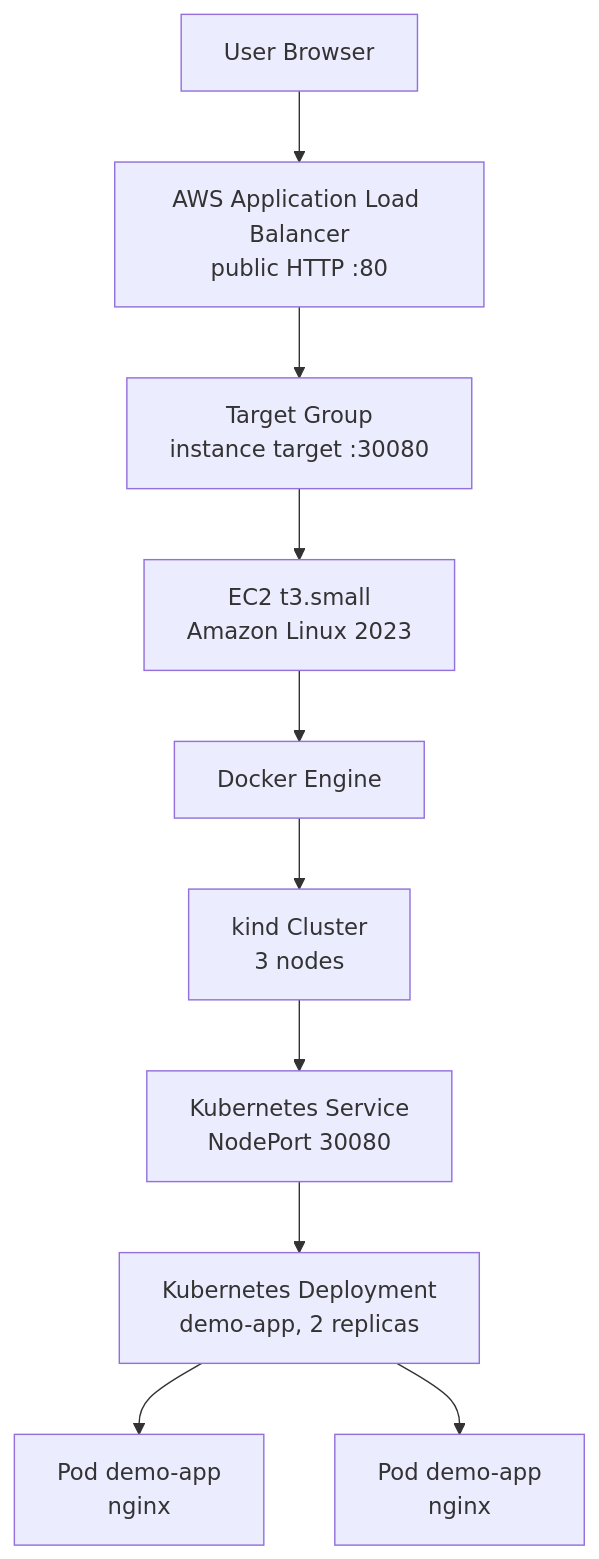
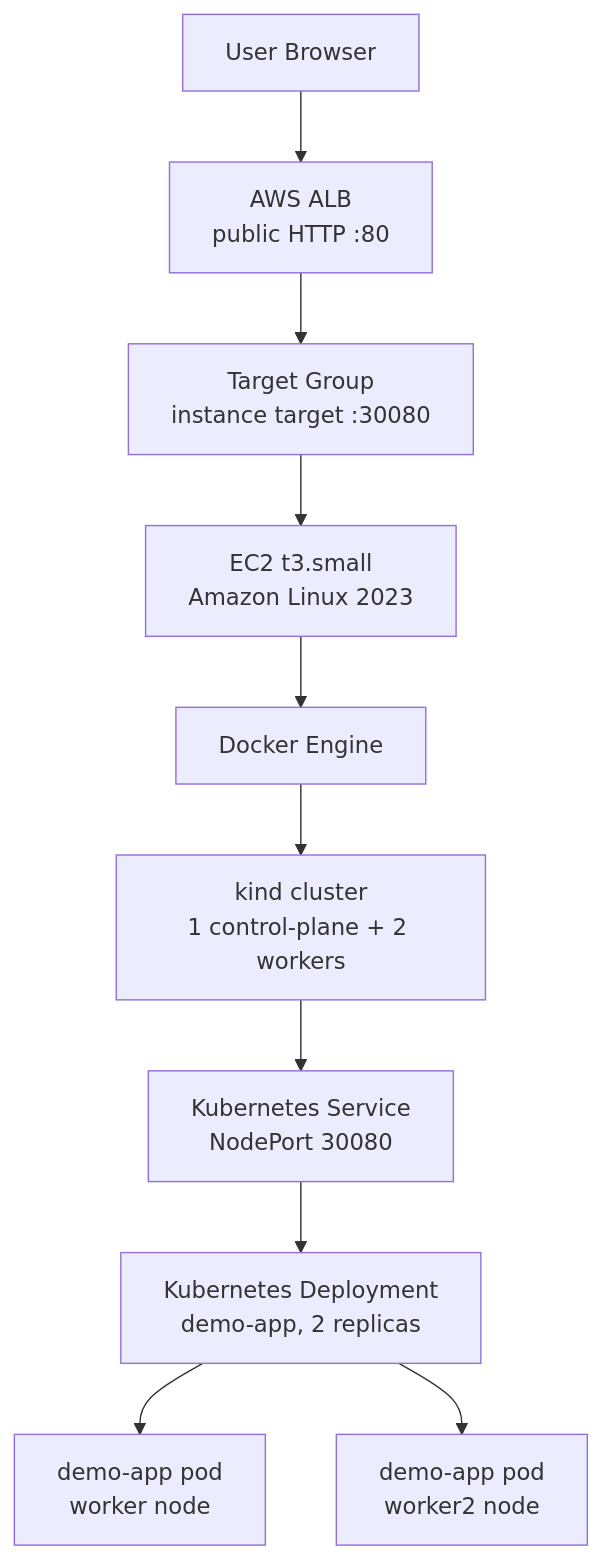
Before and after one commit to G-03-XBrain-Phase-2/hoangson-aws-accelerator-p2: the first of 3 diagrams in cloud/w8/projects/project-01-ec2-kind-alb/EVIDENCE.md, drawn with Mermaid. The commit also changed other lines of this file and 10 other files, not shown here.

````diff
--- a/cloud/w8/projects/project-01-ec2-kind-alb/EVIDENCE.md
+++ b/cloud/w8/projects/project-01-ec2-kind-alb/EVIDENCE.md
@@ -27,23 +25,23 @@
 ```mermaid
 flowchart TB
   user[User Browser]
-  alb[AWS Application Load Balancer<br/>public HTTP :80]
+  alb[AWS ALB<br/>public HTTP :80]
   tg[Target Group<br/>instance target :30080]
   ec2[EC2 t3.small<br/>Amazon Linux 2023]
   docker[Docker Engine]
-  kind[kind Cluster<br/>3 nodes]
+  kind[kind cluster<br/>1 control-plane + 2 workers]
   svc[Kubernetes Service<br/>NodePort 30080]
   deploy[Kubernetes Deployment<br/>demo-app, 2 replicas]
-  pod1[Pod demo-app<br/>nginx]
-  pod2[Pod demo-app<br/>nginx]
+  pod1[demo-app pod<br/>worker node]
+  pod2[demo-app pod<br/>worker2 node]
 
   user --> alb
   alb --> tg
   tg --> ec2
   ec2 --> docker
   docker --> kind
   kind --> svc
   svc --> deploy
   deploy --> pod1
   deploy --> pod2
 ```
````
